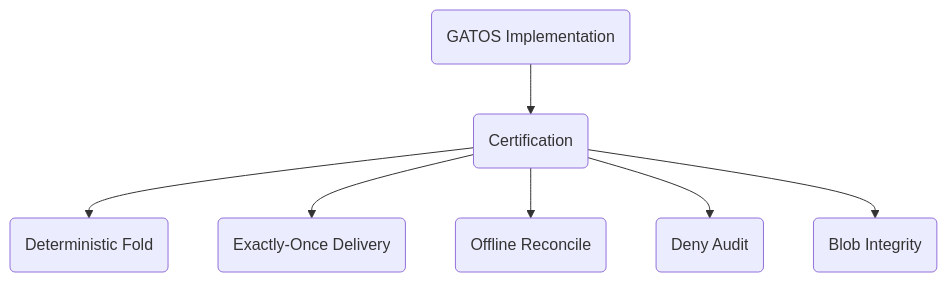
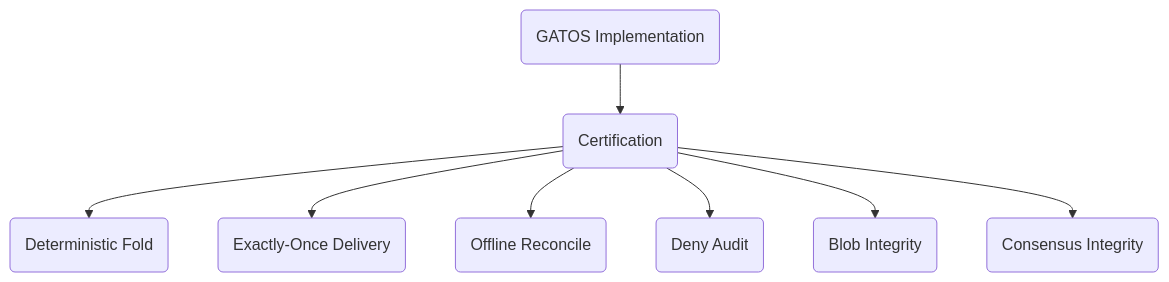
One commit to flyingrobots/gatos changed diagram 17 of 21 in docs/SPEC.md. Above: the diagram before and after it, drawn with Mermaid. The commit also changed other lines of this file and 11 other files, not shown here.

````diff
--- a/docs/SPEC.md
+++ b/docs/SPEC.md
@@ -459,9 +459,10 @@
 ```mermaid
 graph TD
     A(GATOS Implementation) --> B(Certification);
     B --> C(Deterministic Fold);
     B --> D(Exactly-Once Delivery);
     B --> E(Offline Reconcile);
     B --> F(Deny Audit);
     B --> G(Blob Integrity);
+    B --> H(Consensus Integrity);
 ```
````
